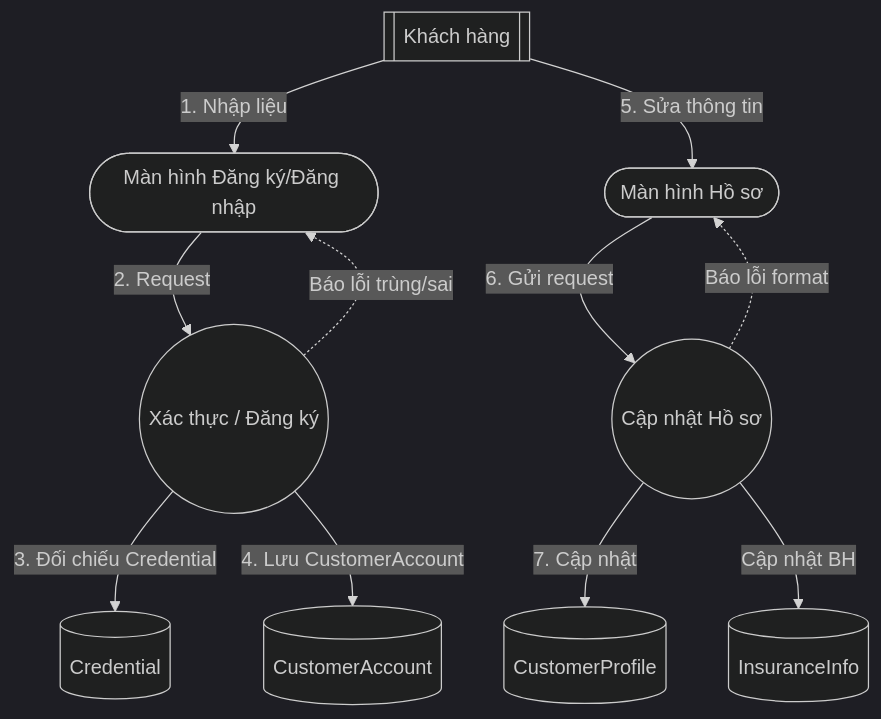
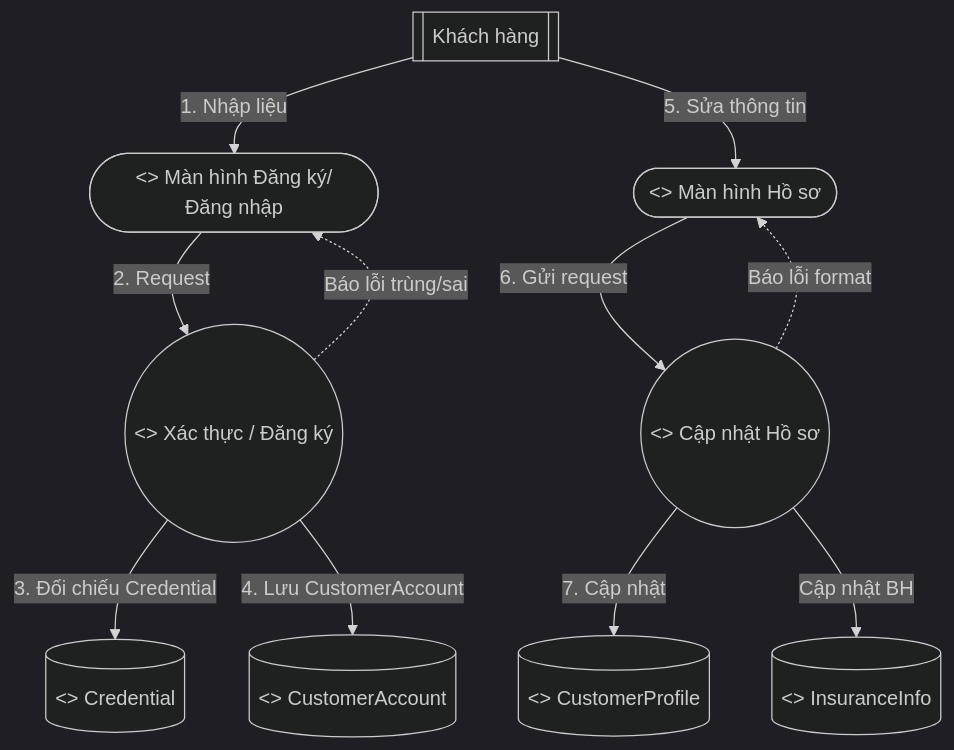
One commit to qhun22/qq changed the first of 10 diagrams in README.md. Above: the diagram before and after it, drawn with Mermaid (dark theme). The commit also changed other lines of this file, not shown here.

````diff
--- a/README.md
+++ b/README.md
@@ -35,27 +50,27 @@
 ```mermaid
 flowchart TD
   A_CUS[[Khách hàng]]
-  B_UI([Màn hình Đăng ký/Đăng nhập])
-  B_PROF([Màn hình Hồ sơ])
+  B_UI([<<boundary>> Màn hình Đăng ký/Đăng nhập])
+  B_PROF([<<boundary>> Màn hình Hồ sơ])
   
-  C_AUTH((Xác thực / Đăng ký))
-  C_PROF((Cập nhật Hồ sơ))
+  C_AUTH((<<control>> Xác thực / Đăng ký))
+  C_PROF((<<control>> Cập nhật Hồ sơ))
   
-  E_ACC[(CustomerAccount)]
-  E_CRED[(Credential)]
-  E_PROF[(CustomerProfile)]
-  E_INS[(InsuranceInfo)]
+  E_ACC[(<<entity>> CustomerAccount)]
+  E_CRED[(<<entity>> Credential)]
+  E_PROF[(<<entity>> CustomerProfile)]
+  E_INS[(<<entity>> InsuranceInfo)]
 
   A_CUS -->|1. Nhập liệu| B_UI
   B_UI -->|2. Request| C_AUTH
   
   C_AUTH -.->|Báo lỗi trùng/sai| B_UI
   C_AUTH -->|3. Đối chiếu Credential| E_CRED
   C_AUTH -->|4. Lưu CustomerAccount| E_ACC
   
   A_CUS -->|5. Sửa thông tin| B_PROF
   B_PROF -->|6. Gửi request| C_PROF
   C_PROF -->|7. Cập nhật| E_PROF
   C_PROF -->|Cập nhật BH| E_INS
   C_PROF -.->|Báo lỗi format| B_PROF
 ```
````
